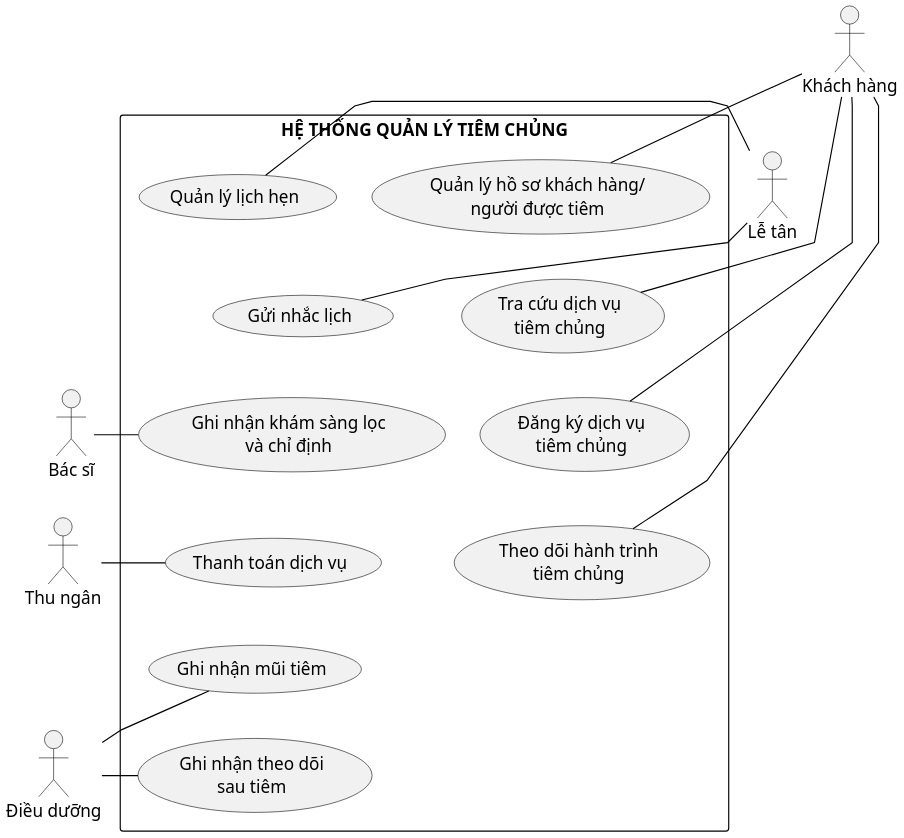
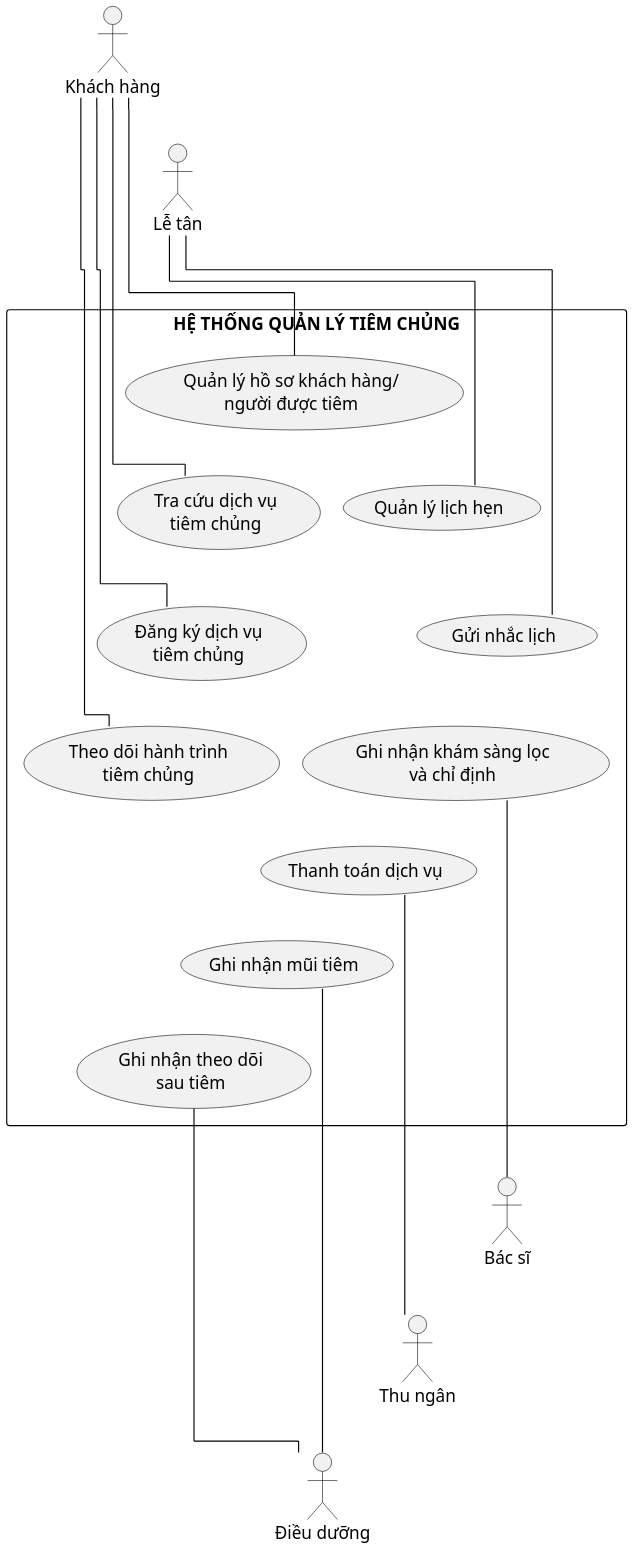
One commit to datngo1203/KLCN-QuanLyTiemChung changed the diagram in docs/thesis/uml/Hinh_2_9_System_Use_Case_Tong_Quan.puml. Above: the diagram before and after it, drawn with PlantUML.

Commit message:
docs(thesis): try ELK orthogonal layout for Hinh 2.9

```diff
--- a/docs/thesis/uml/Hinh_2_9_System_Use_Case_Tong_Quan.puml
+++ b/docs/thesis/uml/Hinh_2_9_System_Use_Case_Tong_Quan.puml
@@ -1,78 +1,79 @@
 @startuml
+!pragma layout elk
 ' THESIS-R1 — Hình 2.9 System Use Case summary
 ' One visible symbol per actor; orthogonal connectors for print readability.
 skinparam monochrome true
 skinparam shadowing false
 skinparam backgroundColor white
 skinparam defaultFontName "Times New Roman"
 skinparam defaultFontSize 15
 skinparam ArrowColor black
 skinparam ActorBorderColor black
 skinparam UsecaseBorderColor black
 skinparam RectangleBorderColor black
-skinparam linetype polyline
+skinparam linetype ortho
 skinparam nodesep 30
 skinparam ranksep 32
 skinparam dpi 180
 
 top to bottom direction
 
 actor "Khách hàng" as Customer
 actor "Lễ tân" as Reception
 Customer -[hidden]down- Reception
 
 rectangle "HỆ THỐNG QUẢN LÝ TIÊM CHỦNG" as SystemBoundary {
   usecase "Quản lý hồ sơ khách hàng/\nngười được tiêm" as UC09
   usecase "Quản lý lịch hẹn" as UC12
 
   usecase "Tra cứu dịch vụ\ntiêm chủng" as UC10
   usecase "Gửi nhắc lịch" as UC13
 
   usecase "Đăng ký dịch vụ\ntiêm chủng" as UC11
   usecase "Ghi nhận khám sàng lọc\nvà chỉ định" as UC15
 
   usecase "Theo dõi hành trình\ntiêm chủng" as UC19
   usecase "Thanh toán dịch vụ" as UC16
 
   usecase "Ghi nhận mũi tiêm" as UC17
   usecase "Ghi nhận theo dõi\nsau tiêm" as UC18
 
   ' Left customer-facing column.
   UC09 -[hidden]down- UC10
   UC10 -[hidden]down- UC11
   UC11 -[hidden]down- UC19
 
   ' Right operational column.
   UC12 -[hidden]down- UC13
   UC13 -[hidden]down- UC15
   UC15 -[hidden]down- UC16
   UC16 -[hidden]down- UC17
   UC17 -[hidden]down- UC18
 
   UC09 -[hidden]right- UC12
   UC10 -[hidden]right- UC13
   UC11 -[hidden]right- UC15
   UC19 -[hidden]right- UC16
 }
 
 actor "Bác sĩ" as Doctor
 actor "Thu ngân" as Cashier
 actor "Điều dưỡng" as Nurse
 Doctor -[hidden]down- Cashier
 Cashier -[hidden]down- Nurse
 
 ' Primary/representative actor associations only.
 Customer -right- UC09
 Customer -right- UC10
 Customer -right- UC11
 Customer -right- UC19
 
 Reception -right- UC12
 Reception -right- UC13
 
 UC15 -right- Doctor
 UC16 -right- Cashier
 UC17 -right- Nurse
 UC18 -right- Nurse
 
 @enduml
```
